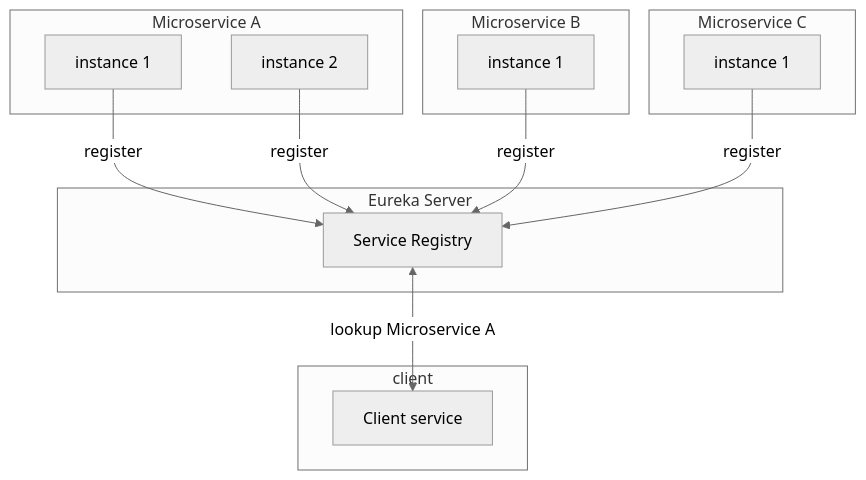
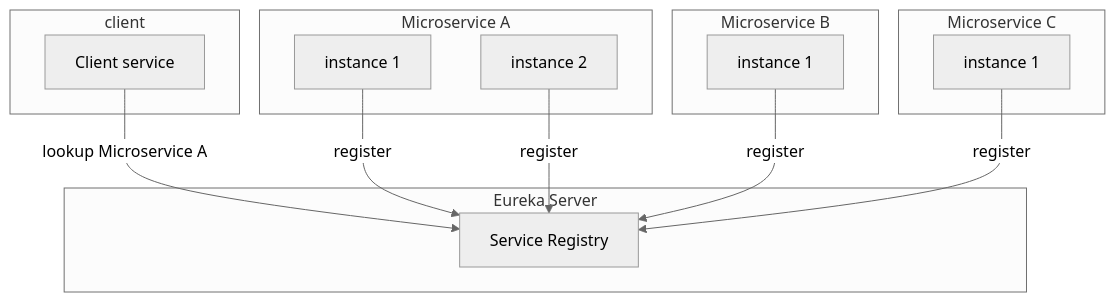
Before and after one commit to sonamsamdupkhangsar/sonamsamdupkhangsar.github.io: the diagram in service-discovery/README.md, drawn with Mermaid (neutral theme).

Commit message:
add service discovery

````diff
--- a/service-discovery/README.md
+++ b/service-discovery/README.md
@@ -7,27 +7,27 @@
 ```mermaid
 flowchart TD
     subgraph client
     D[Client service] 
     end
     subgraph e["Eureka Server"]
     Eureka[Service Registry]
     end
     subgraph mA["Microservice A"]
     A1[instance 1]
     A2[instance 2]
     end
     subgraph "Microservice B"
     B[instance 1]
     end
     subgraph "Microservice C"
     C[instance 1]
     end
     
-    Eureka <-->|lookup Microservice A| D
+    D -->|lookup Microservice A| Eureka
     A1 --> |register| Eureka
     A2 --> |register| Eureka
     B --> |register| Eureka
     C --> |register| Eureka
     
 
 ``` 
````
